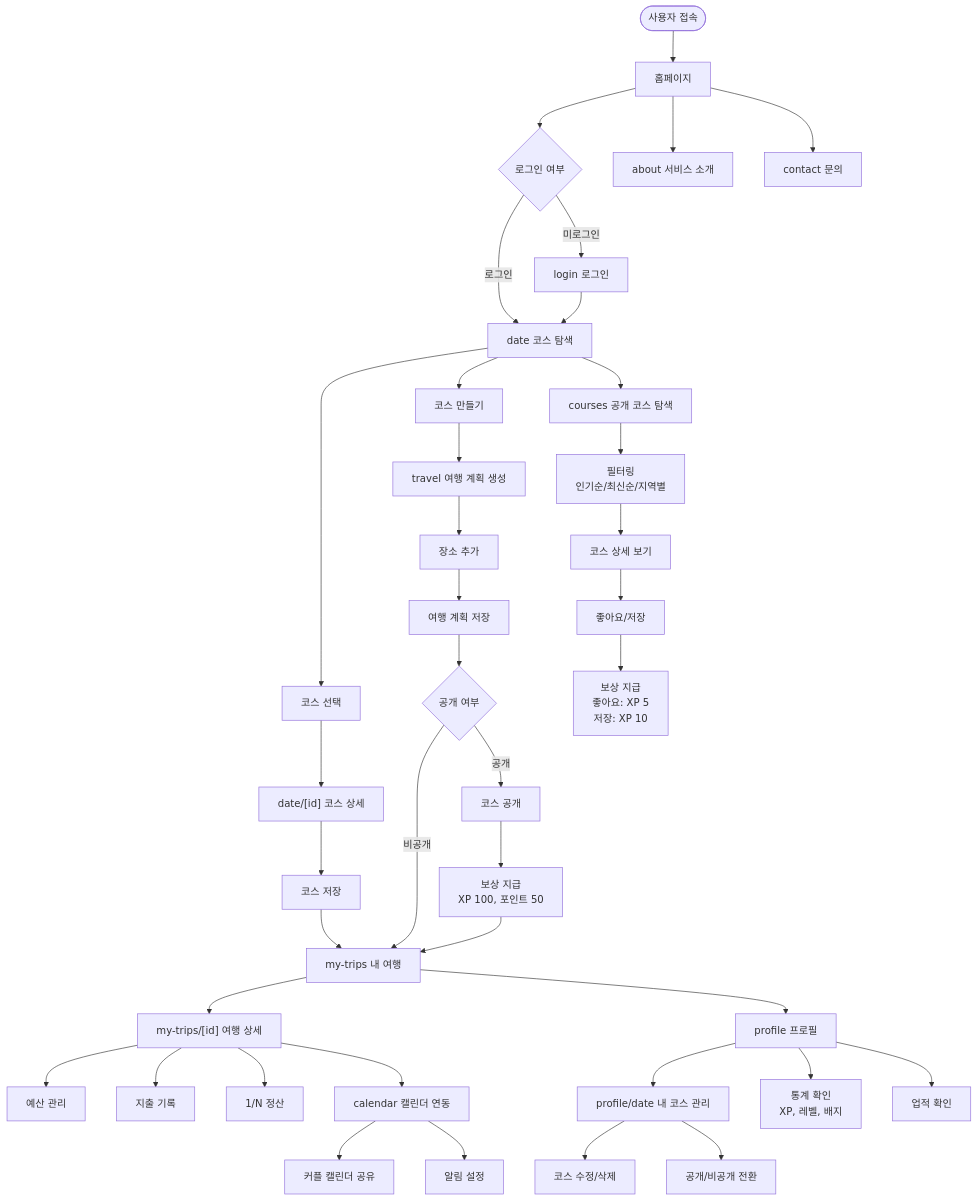
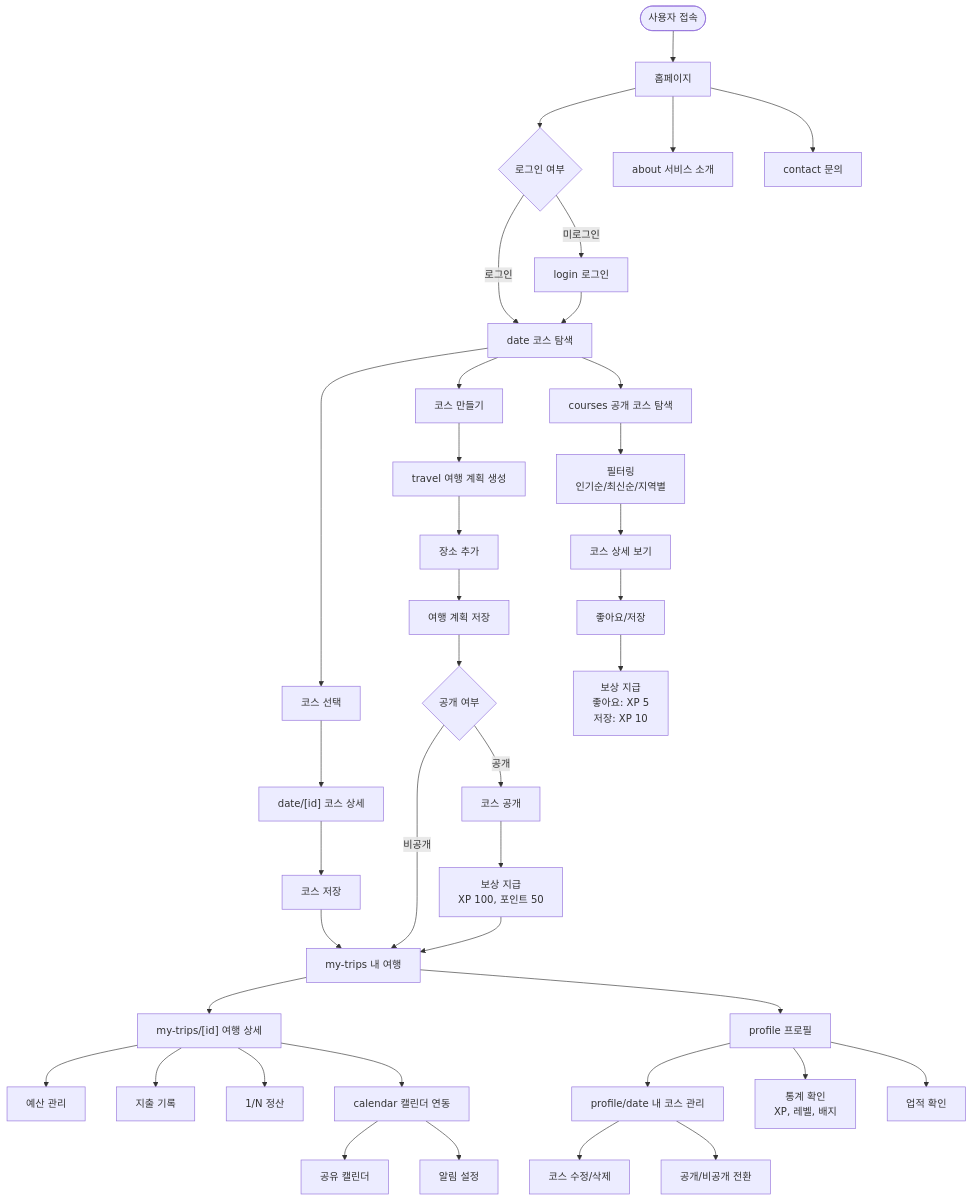
Before and after one commit to toris-dev/love-trip: the first of 4 diagrams in README.md, drawn with Mermaid. The commit also changed other lines of this file and 13 other files, not shown here.

````diff
--- a/README.md
+++ b/README.md
@@ -162,51 +162,51 @@
 ```mermaid
 flowchart TD
     Start([사용자 접속]) --> Home[홈페이지]
     Home --> Login{로그인 여부}
     Login -->|미로그인| LoginPage[login 로그인]
     Login -->|로그인| DatePage[date 코스 탐색]
 
     LoginPage --> DatePage
 
     DatePage --> ExploreCourses[courses 공개 코스 탐색]
     DatePage --> CreateCourse[코스 만들기]
     DatePage --> SelectCourse[코스 선택]
 
     SelectCourse --> CourseDetail["date/[id] 코스 상세"]
     CourseDetail --> SaveCourse[코스 저장]
     SaveCourse --> MyTrips[my-trips 내 여행]
 
     CreateCourse --> TravelPage[travel 여행 계획 생성]
     TravelPage --> AddPlaces[장소 추가]
     AddPlaces --> SavePlan[여행 계획 저장]
     SavePlan --> PublishOption{공개 여부}
     PublishOption -->|공개| PublishCourse[코스 공개]
     PublishOption -->|비공개| MyTrips
     PublishCourse --> Reward[보상 지급<br/>XP 100, 포인트 50]
     Reward --> MyTrips
 
     ExploreCourses --> FilterCourses[필터링<br/>인기순/최신순/지역별]
     FilterCourses --> ViewCourse[코스 상세 보기]
     ViewCourse --> LikeSave[좋아요/저장]
     LikeSave --> Reward2[보상 지급<br/>좋아요: XP 5<br/>저장: XP 10]
 
     MyTrips --> TripDetail["my-trips/[id] 여행 상세"]
     TripDetail --> Budget[예산 관리]
     TripDetail --> Expense[지출 기록]
     TripDetail --> Settlement[1/N 정산]
     TripDetail --> Calendar[calendar 캘린더 연동]
 
     MyTrips --> Profile[profile 프로필]
     Profile --> ProfileDate["profile/date 내 코스 관리"]
     ProfileDate --> EditCourse[코스 수정/삭제]
     ProfileDate --> PublishToggle[공개/비공개 전환]
 
     Profile --> Stats[통계 확인<br/>XP, 레벨, 배지]
     Profile --> Achievements[업적 확인]
 
-    Calendar --> ShareCalendar[커플 캘린더 공유]
+    Calendar --> ShareCalendar[공유 캘린더]
     Calendar --> Notifications[알림 설정]
 
     Home --> About[about 서비스 소개]
     Home --> Contact[contact 문의]
 ```
````
